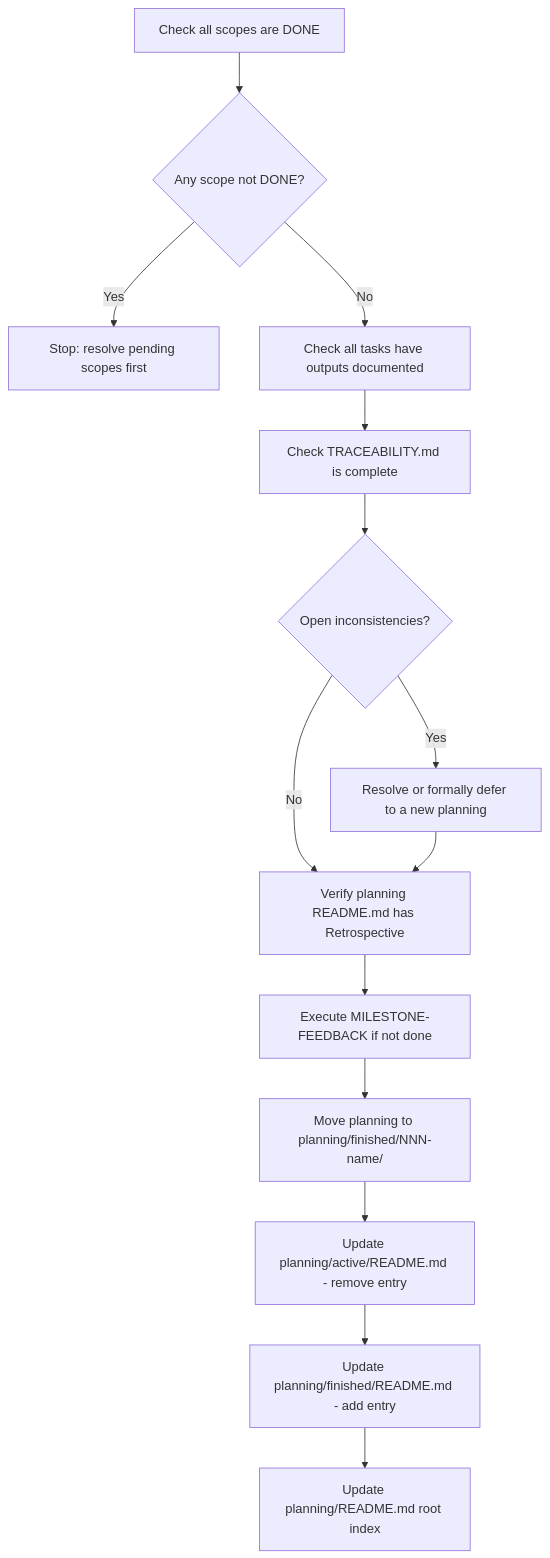
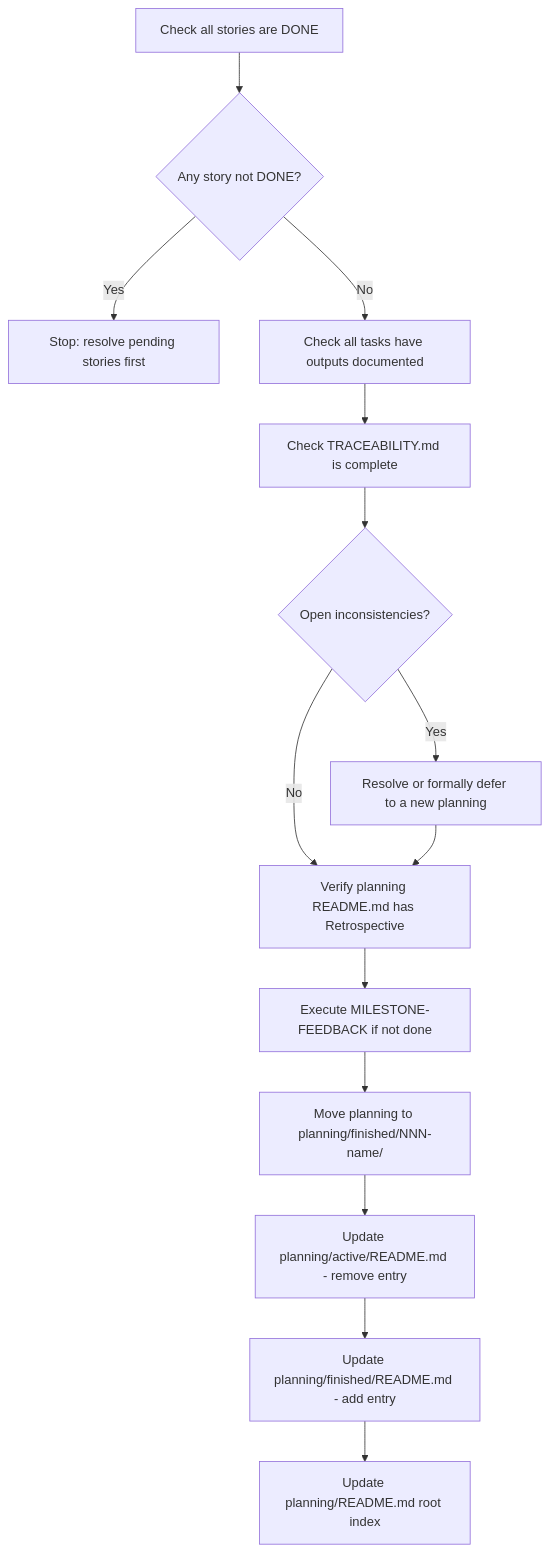
Before and after one commit to cmartinezs/claude-planning-with-ai: the diagram in planning-template/WORKFLOWS/03-MAINTENANCE-WORKFLOWS/AUDIT-PLANNING.md, drawn with Mermaid. The commit also changed other lines of this file and 73 other files, not shown here.

````diff
--- a/planning-template/WORKFLOWS/03-MAINTENANCE-WORKFLOWS/AUDIT-PLANNING.md
+++ b/planning-template/WORKFLOWS/03-MAINTENANCE-WORKFLOWS/AUDIT-PLANNING.md
@@ -9,16 +9,16 @@
 ```mermaid
 flowchart TD
-    A[Check all scopes are DONE] --> B{Any scope not DONE?}
-    B -- Yes --> Z[Stop: resolve pending scopes first]
+    A[Check all stories are DONE] --> B{Any story not DONE?}
+    B -- Yes --> Z[Stop: resolve pending stories first]
     B -- No --> C[Check all tasks have outputs documented]
     C --> D[Check TRACEABILITY.md is complete]
     D --> E{Open inconsistencies?}
     E -- Yes --> F[Resolve or formally defer to a new planning]
     E -- No --> G[Verify planning README.md has Retrospective]
     F --> G
     G --> H[Execute MILESTONE-FEEDBACK if not done]
     H --> I[Move planning to planning/finished/NNN-name/]
     I --> J[Update planning/active/README.md - remove entry]
     J --> K[Update planning/finished/README.md - add entry]
     K --> L[Update planning/README.md root index]
 ```
````
